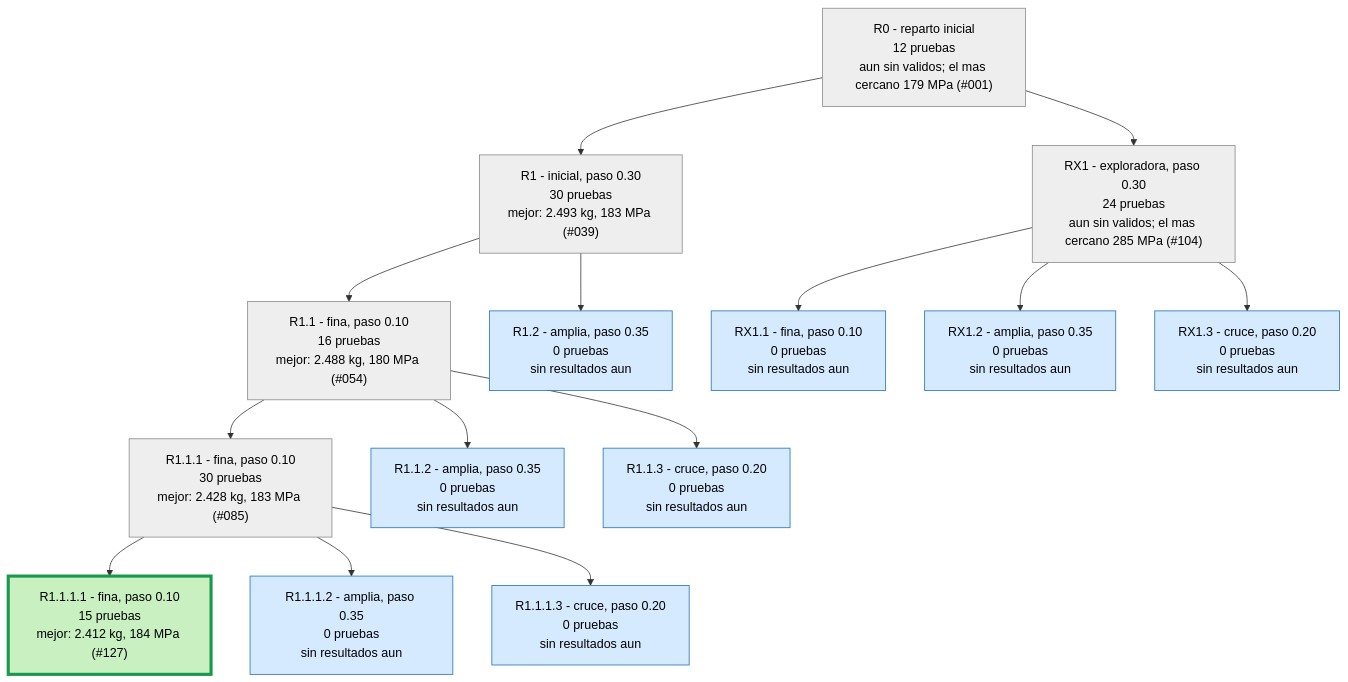
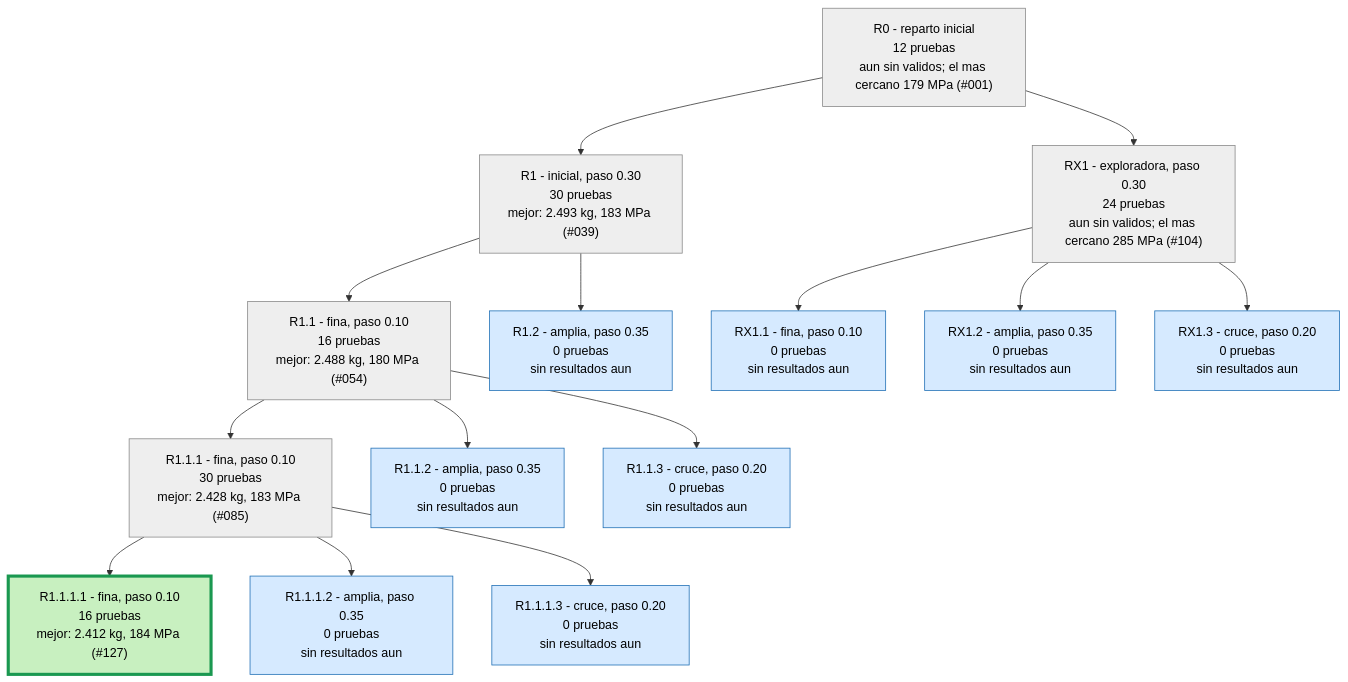
The second of 3 diagrams in runs/opt_37800N/ARBOL.md (Hugiko/msd-soporte-optimizacion), drawn with Mermaid before and after one commit. The commit also changed 23 other files, not shown here.

````diff
--- a/runs/opt_37800N/ARBOL.md
+++ b/runs/opt_37800N/ARBOL.md
@@ -29,33 +29,33 @@
 ```mermaid
 graph TD
 classDef activa fill:#d6eaff,stroke:#1f6fb5,color:#000
 classDef fin fill:#eeeeee,stroke:#888,color:#000
 classDef mejor fill:#c8f0c0,stroke:#1a9850,stroke-width:4px,color:#000
 R0["R0 - reparto inicial<br/>12 pruebas<br/>aun sin validos; el mas cercano 179 MPa (#001)"]:::fin
 R1["R1 - inicial, paso 0.30<br/>30 pruebas<br/>mejor: 2.493 kg, 183 MPa (#039)"]:::fin
 R0 --> R1
 R1_1["R1.1 - fina, paso 0.10<br/>16 pruebas<br/>mejor: 2.488 kg, 180 MPa (#054)"]:::fin
 R1 --> R1_1
 R1_2["R1.2 - amplia, paso 0.35<br/>0 pruebas<br/>sin resultados aun"]:::activa
 R1 --> R1_2
 R1_1_1["R1.1.1 - fina, paso 0.10<br/>30 pruebas<br/>mejor: 2.428 kg, 183 MPa (#085)"]:::fin
 R1_1 --> R1_1_1
 R1_1_2["R1.1.2 - amplia, paso 0.35<br/>0 pruebas<br/>sin resultados aun"]:::activa
 R1_1 --> R1_1_2
 R1_1_3["R1.1.3 - cruce, paso 0.20<br/>0 pruebas<br/>sin resultados aun"]:::activa
 R1_1 --> R1_1_3
-R1_1_1_1["R1.1.1.1 - fina, paso 0.10<br/>15 pruebas<br/>mejor: 2.412 kg, 184 MPa (#127)"]:::mejor
+R1_1_1_1["R1.1.1.1 - fina, paso 0.10<br/>16 pruebas<br/>mejor: 2.412 kg, 184 MPa (#127)"]:::mejor
 R1_1_1 --> R1_1_1_1
 R1_1_1_2["R1.1.1.2 - amplia, paso 0.35<br/>0 pruebas<br/>sin resultados aun"]:::activa
 R1_1_1 --> R1_1_1_2
 R1_1_1_3["R1.1.1.3 - cruce, paso 0.20<br/>0 pruebas<br/>sin resultados aun"]:::activa
 R1_1_1 --> R1_1_1_3
 RX1["RX1 - exploradora, paso 0.30<br/>24 pruebas<br/>aun sin validos; el mas cercano 285 MPa (#104)"]:::fin
 R0 --> RX1
 RX1_1["RX1.1 - fina, paso 0.10<br/>0 pruebas<br/>sin resultados aun"]:::activa
 RX1 --> RX1_1
 RX1_2["RX1.2 - amplia, paso 0.35<br/>0 pruebas<br/>sin resultados aun"]:::activa
 RX1 --> RX1_2
 RX1_3["RX1.3 - cruce, paso 0.20<br/>0 pruebas<br/>sin resultados aun"]:::activa
 RX1 --> RX1_3
 ```
````
